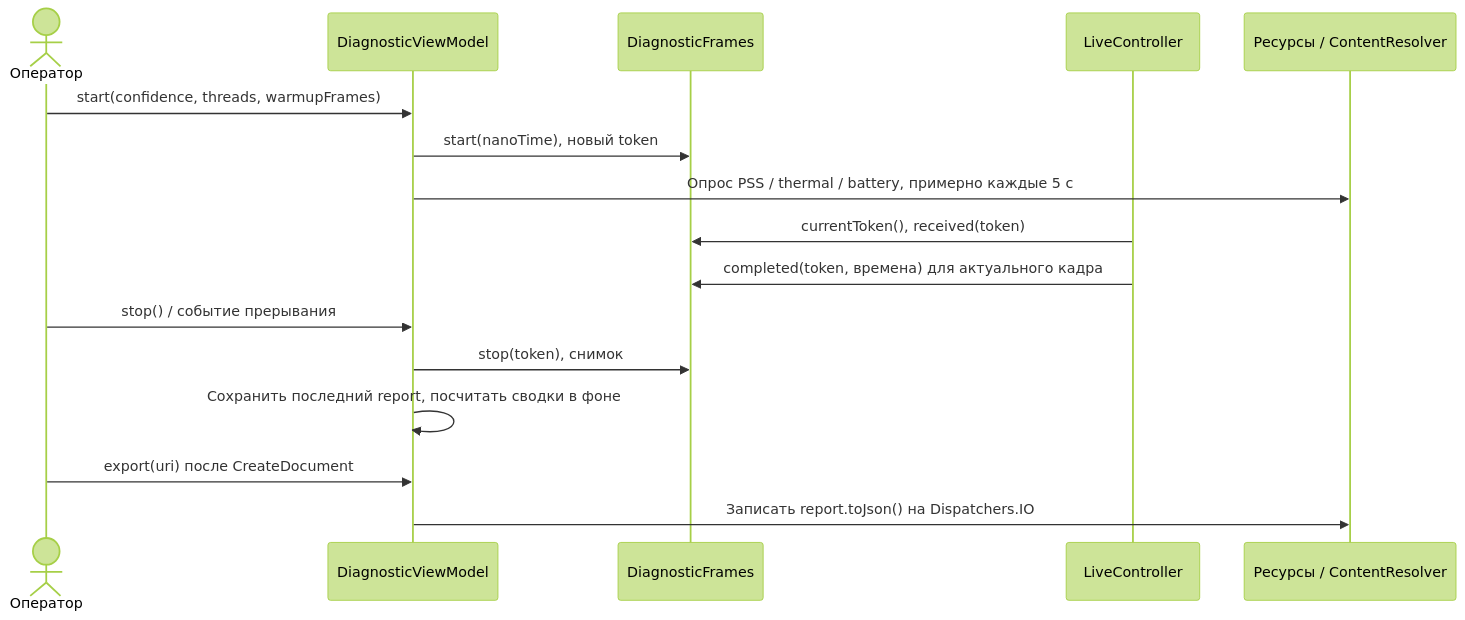
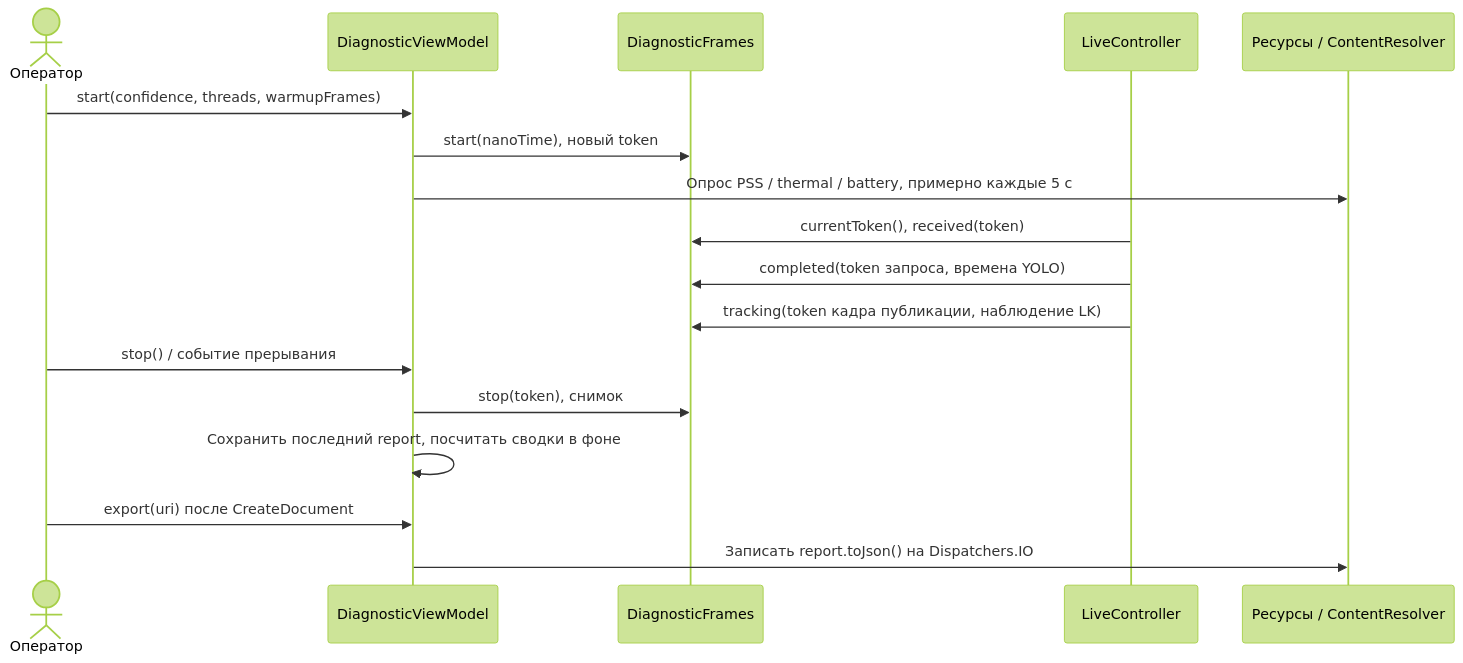
Before and after one commit to Kr1st10/drone-cv-android-prototype: the fifth of 5 diagrams in docs/internals/detection-lifecycle.md, drawn with Mermaid (forest theme). The commit also changed other lines of this file and 34 other files, not shown here.

````diff
--- a/docs/internals/detection-lifecycle.md
+++ b/docs/internals/detection-lifecycle.md
@@ -159,18 +147,19 @@
 ```mermaid
 sequenceDiagram
     actor U as Оператор
     participant VM as DiagnosticViewModel
     participant F as DiagnosticFrames
     participant C as LiveController
     participant OS as Ресурсы / ContentResolver
     U->>VM: start(confidence, threads, warmupFrames)
     VM->>F: start(nanoTime), новый token
     VM->>OS: Опрос PSS / thermal / battery, примерно каждые 5 с
     C->>F: currentToken(), received(token)
-    C->>F: completed(token, времена) для актуального кадра
+    C->>F: completed(token запроса, времена YOLO)
+    C->>F: tracking(token кадра публикации, наблюдение LK)
     U->>VM: stop() / событие прерывания
     VM->>F: stop(token), снимок
     VM->>VM: Сохранить последний report, посчитать сводки в фоне
     U->>VM: export(uri) после CreateDocument
     VM->>OS: Записать report.toJson() на Dispatchers.IO
 ```
````
